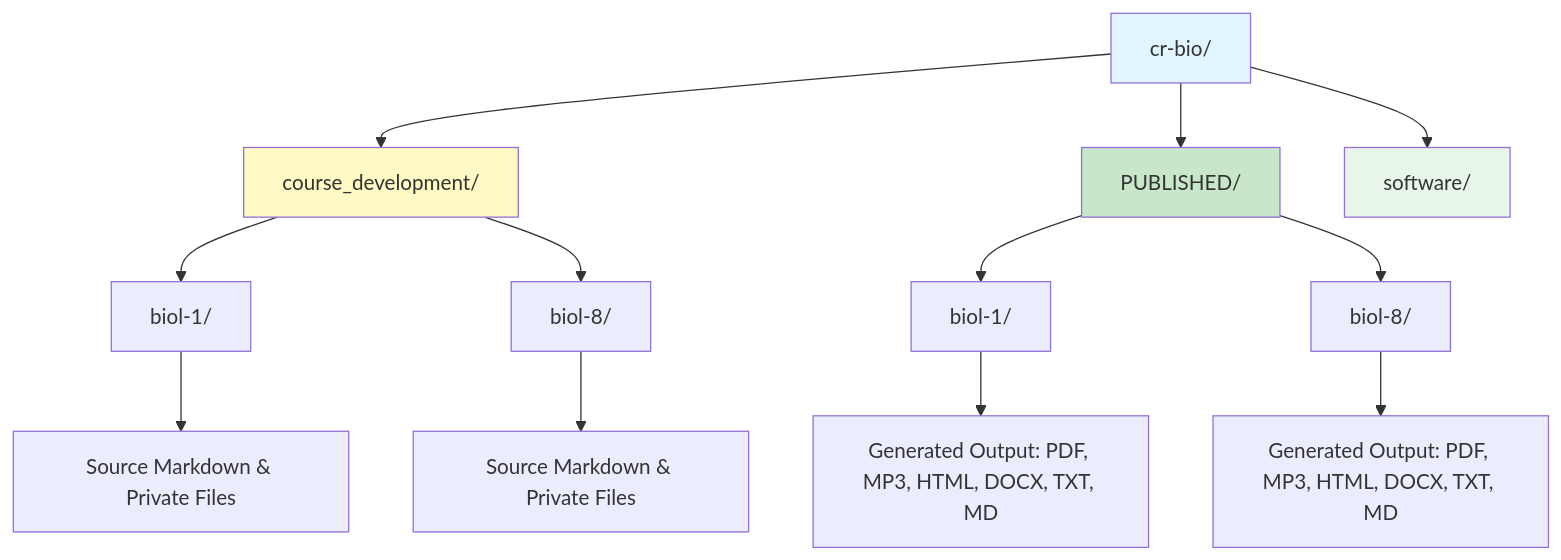
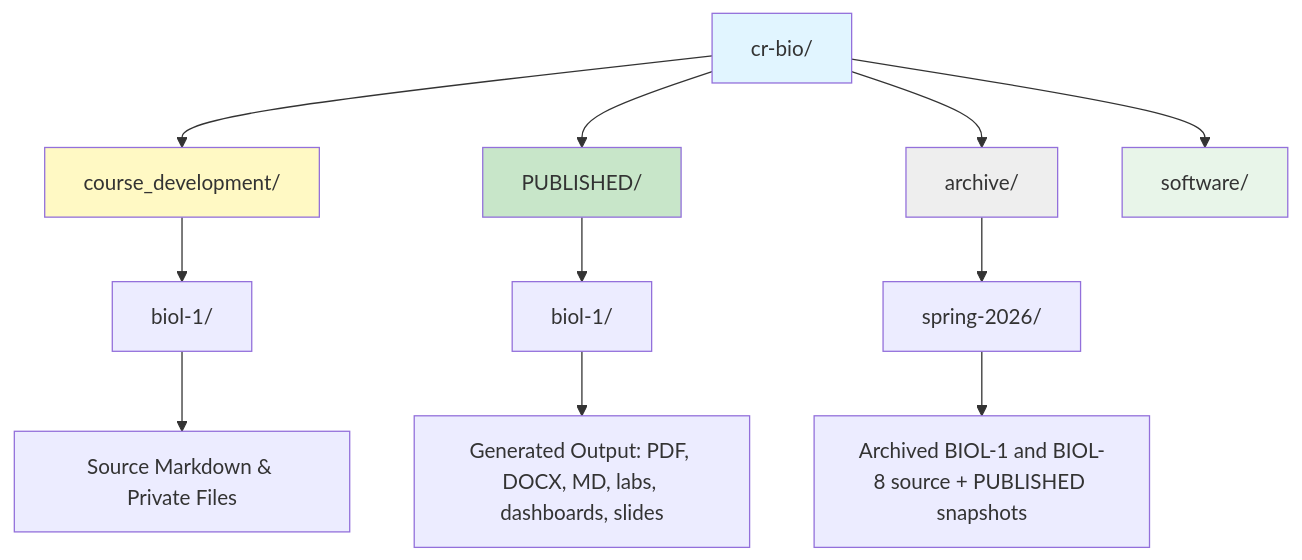
One commit to docxology/biol-1 changed the diagram in README.md. Above: the diagram before and after it, drawn with Mermaid. The commit also changed other lines of this file and 2062 other files, not shown here.

Commit message:
Archive Spring 2026 and harden BIOL-1 Fall 2026

````diff
--- a/README.md
+++ b/README.md
@@ -13,23 +14,21 @@
 ```mermaid
 graph TD
     Root[cr-bio/] --> Dev[course_development/]
     Root --> Pub[PUBLISHED/]
+    Root --> Archive[archive/]
     Root --> Software[software/]
     
     Dev --> Biol1[biol-1/]
-    Dev --> Biol8[biol-8/]
-    
     Pub --> PubBiol1[biol-1/]
-    Pub --> PubBiol8[biol-8/]
+    Archive --> Spring2026[spring-2026/]
     
     Biol1 --> Biol1Source[Source Markdown & Private Files]
-    Biol8 --> Biol8Source[Source Markdown & Private Files]
-    
-    PubBiol1 --> PubBiol1M["Generated Output: PDF, MP3, HTML, DOCX, TXT, MD"]
-    PubBiol8 --> PubBiol8M["Generated Output: PDF, MP3, HTML, DOCX, TXT, MD"]
+    PubBiol1 --> PubBiol1M["Generated Output: PDF, DOCX, MD, labs, dashboards, slides"]
+    Spring2026 --> ArchivedCourses["Archived BIOL-1 and BIOL-8 source + PUBLISHED snapshots"]
     
     style Root fill:#e1f5ff
     style Dev fill:#fff9c4
     style Pub fill:#c8e6c9
+    style Archive fill:#eeeeee
     style Software fill:#e8f5e9
 ```
````
